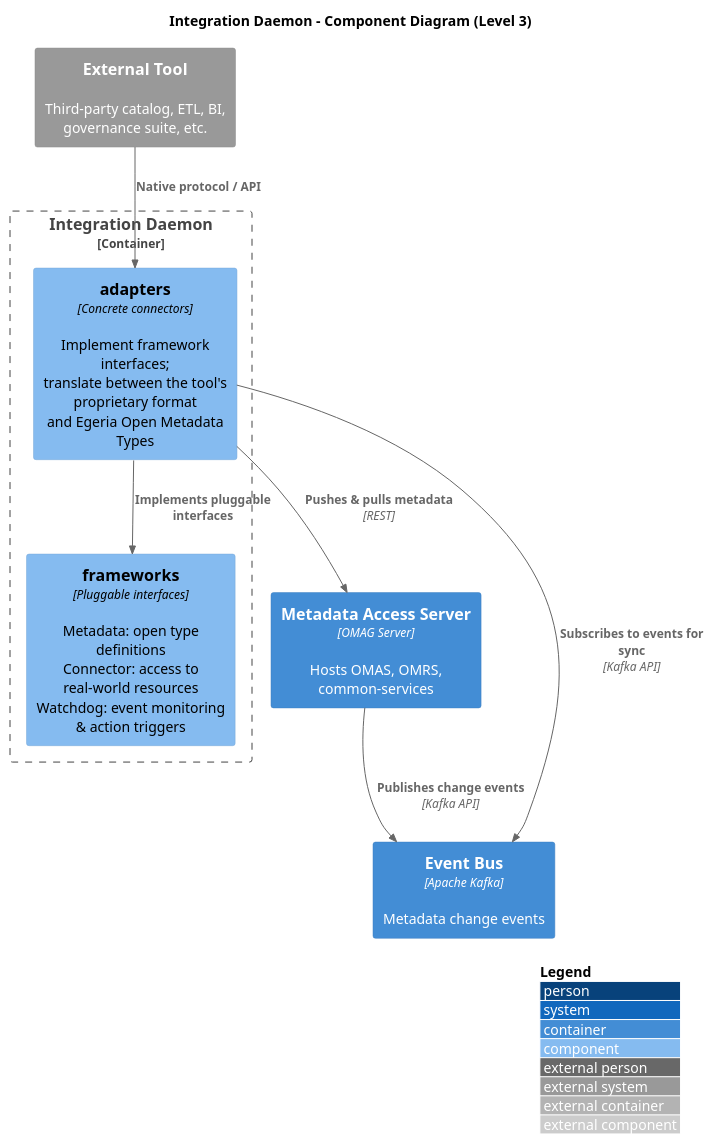
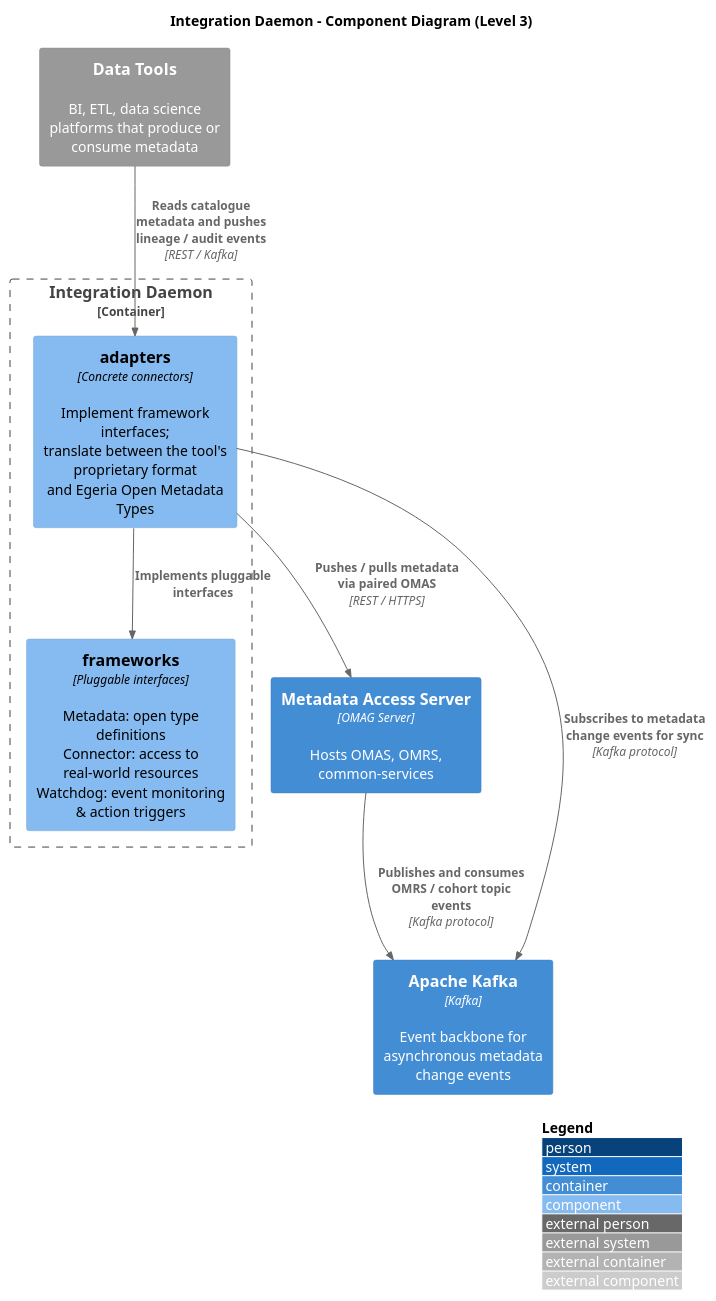
One commit to PoliTO-SwDA-2026-Team18/project changed the diagram in diagrams/c4/component-integration-daemon.puml. Above: the diagram before and after it, drawn with PlantUML. The commit also changed 1 other file, not shown here.

Commit message:
fix: corrected names coherence and general review of diagrams

```diff
--- a/diagrams/c4/component-integration-daemon.puml
+++ b/diagrams/c4/component-integration-daemon.puml
@@ -1,26 +1,26 @@
 @startuml C4_Component_IntegrationDaemon
 !include https://raw.githubusercontent.com/plantuml-stdlib/C4-PlantUML/master/C4_Component.puml
 
 LAYOUT_WITH_LEGEND()
 
 title Integration Daemon - Component Diagram (Level 3)
 
-System_Ext(extTool, "External Tool", "Third-party catalog, ETL, BI, governance suite, etc.")
+System_Ext(extTool, "Data Tools", "BI, ETL, data science platforms that produce or consume metadata")
 Container(mas, "Metadata Access Server", "OMAG Server", "Hosts OMAS, OMRS, common-services")
-Container(msgBus, "Event Bus", "Apache Kafka", "Metadata change events")
+Container(msgBus, "Apache Kafka", "Kafka", "Event backbone for asynchronous metadata change events")
 
 Container_Boundary(intd, "Integration Daemon") {
 
     Component(frameworks, "frameworks", "Pluggable interfaces", "Metadata: open type definitions\nConnector: access to real-world resources\nWatchdog: event monitoring & action triggers")
 
     Component(adapters, "adapters", "Concrete connectors", "Implement framework interfaces;\ntranslate between the tool's proprietary format\nand Egeria Open Metadata Types")
 }
 
-Rel(extTool, adapters, "Native protocol / API")
+Rel(extTool, adapters, "Reads catalogue metadata and pushes lineage / audit events", "REST / Kafka")
 Rel(adapters, frameworks, "Implements pluggable interfaces")
 
-Rel(adapters, mas, "Pushes & pulls metadata", "REST")
-Rel(mas, msgBus, "Publishes change events", "Kafka API")
-Rel(adapters, msgBus, "Subscribes to events for sync", "Kafka API")
+Rel(adapters, mas, "Pushes / pulls metadata via paired OMAS", "REST / HTTPS")
+Rel(mas, msgBus, "Publishes and consumes OMRS / cohort topic events", "Kafka protocol")
+Rel(adapters, msgBus, "Subscribes to metadata change events for sync", "Kafka protocol")
 
 @enduml
```
